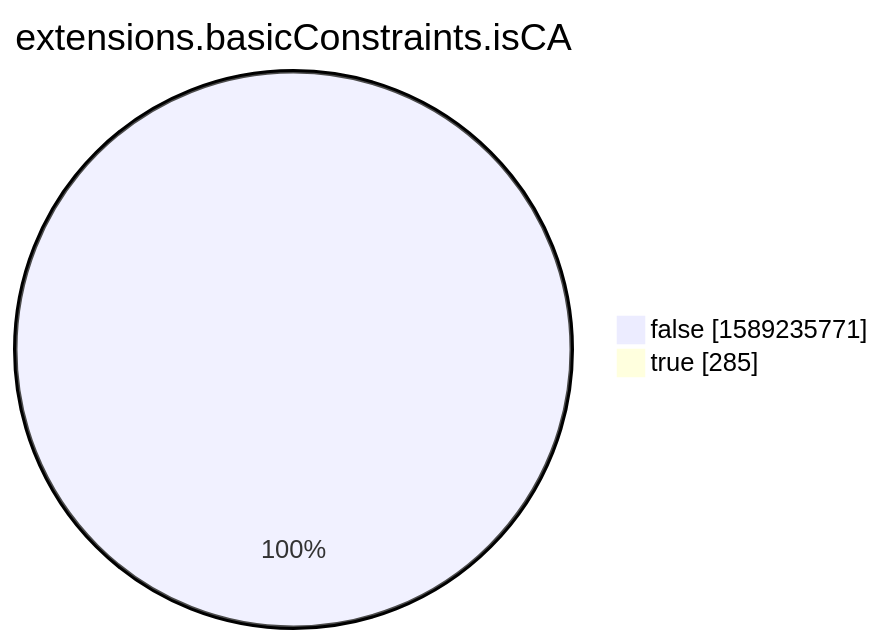
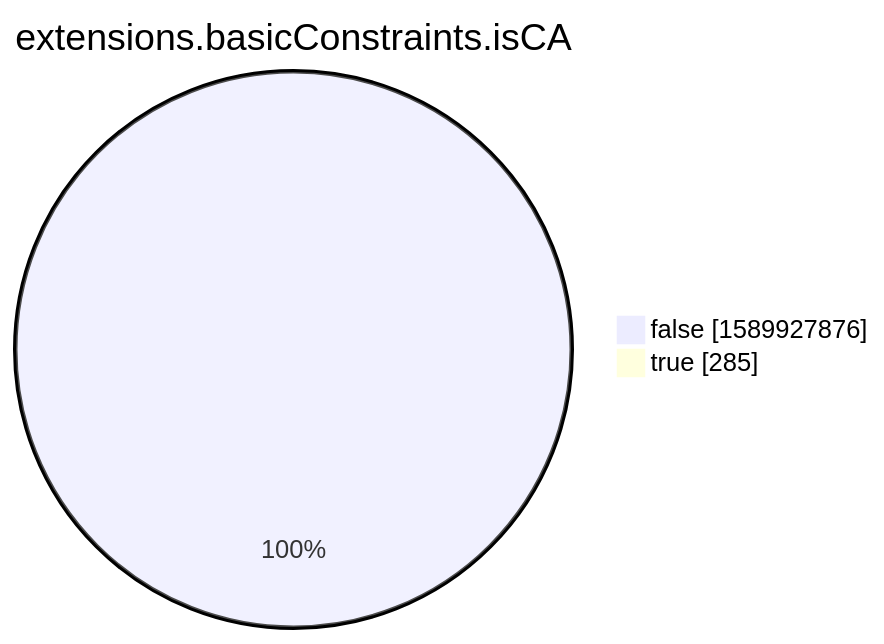
One commit to christiankrug/ctmonitor_visualization changed the eighth of 15 diagrams in xenon2022/README.md. Above: the diagram before and after it, drawn with Mermaid. The commit also changed other lines of this file, not shown here.

````diff
--- a/xenon2022/README.md
+++ b/xenon2022/README.md
@@ -2862,6 +2862,6 @@
 ```mermaid
 pie showData
 title extensions.basicConstraints.isCA
-"false" :1589235771
+"false" :1589927876
 "true" :285
 ```
````
